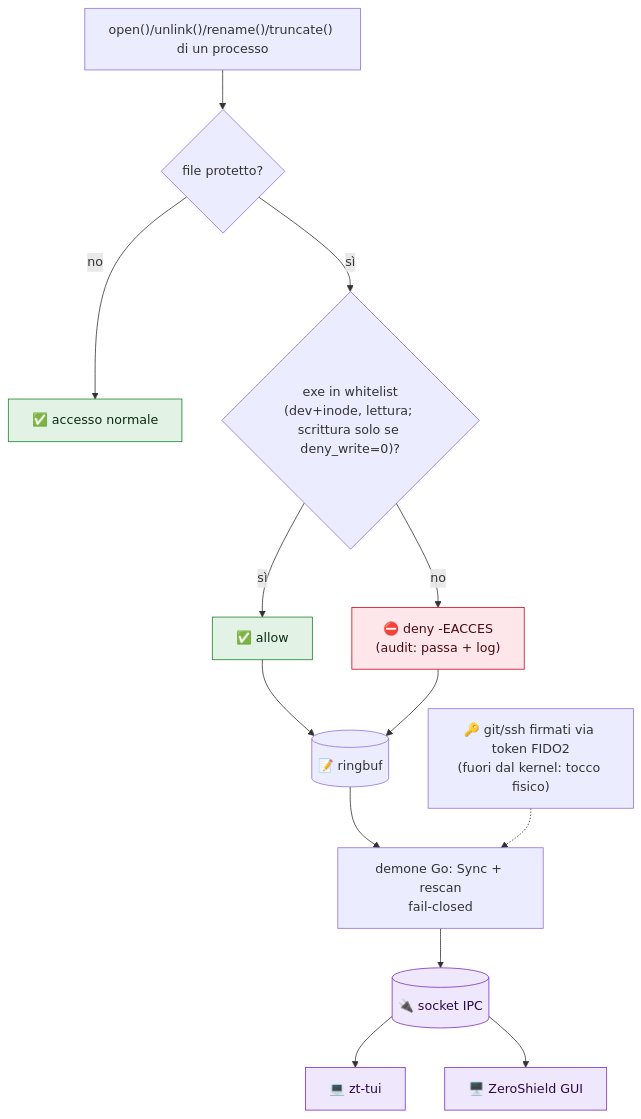
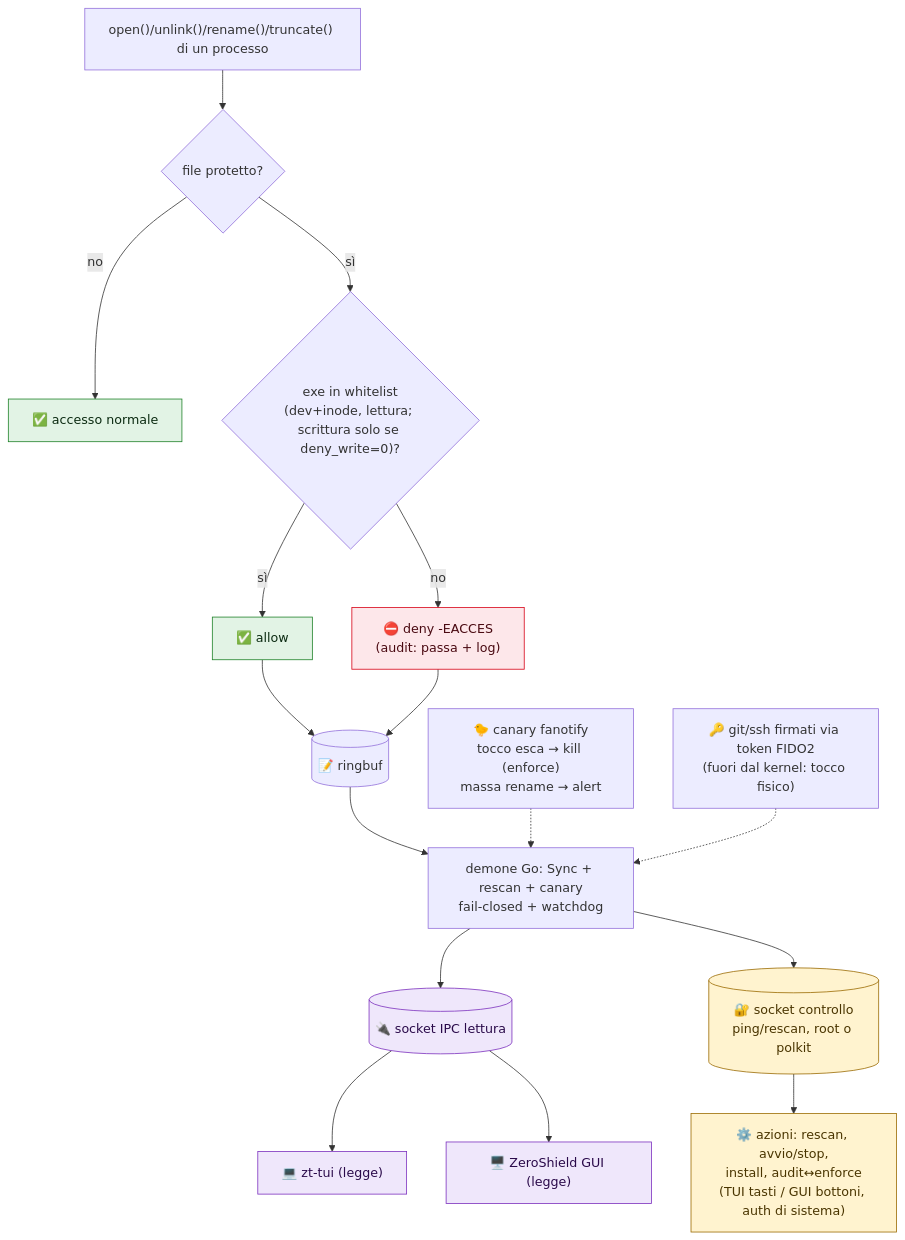
One commit to ZioZoni95/ZeroShield changed the second of 2 diagrams in README.md. Above: the diagram before and after it, drawn with Mermaid. The commit also changed other lines of this file, not shown here.

````diff
--- a/README.md
+++ b/README.md
@@ -104,21 +104,26 @@
 ```mermaid
 flowchart TD
     OPEN["open()/unlink()/rename()/truncate() di un processo"] --> PROT{"file protetto?"}
     PROT -- "no" --> OK["✅ accesso normale"]
     PROT -- "sì" --> WL{"exe in whitelist<br/>(dev+inode, lettura; scrittura solo se deny_write=0)?"}
     WL -- "sì" --> ALLOW["✅ allow"]
     WL -- "no" --> DENY["⛔ deny -EACCES<br/>(audit: passa + log)"]
     ALLOW & DENY --> RING[("📝 ringbuf")]
-    RING --> DAEMON["demone Go: Sync + rescan<br/>fail-closed"]
-    DAEMON --> SOCK[("🔌 socket IPC")]
-    SOCK --> TUI["💻 zt-tui"]
-    SOCK --> GUI["🖥️ ZeroShield GUI"]
+    RING --> DAEMON["demone Go: Sync + rescan + canary<br/>fail-closed + watchdog"]
+    CANARY["🐤 canary fanotify<br/>tocco esca → kill (enforce)<br/>massa rename → alert"] -.-> DAEMON
+    DAEMON --> SOCK[("🔌 socket IPC lettura")]
+    DAEMON --> CTRL[("🔐 socket controllo<br/>ping/rescan, root o polkit")]
+    SOCK --> TUI["💻 zt-tui (legge)"]
+    SOCK --> GUI["🖥️ ZeroShield GUI (legge)"]
+    CTRL --> ACT["⚙️ azioni: rescan, avvio/stop,<br/>install, audit↔enforce<br/>(TUI tasti / GUI bottoni, auth di sistema)"]
     FIDO2["🔑 git/ssh firmati via token FIDO2<br/>(fuori dal kernel: tocco fisico)"] -.-> DAEMON
 
     classDef deny fill:#fde7ea,stroke:#d70015,color:#4a0a12;
     classDef ok fill:#e2f3e5,stroke:#1d8127,color:#0c2b12;
     classDef ipc fill:#efe7fb,stroke:#7b2fbe,color:#2a0a4a;
+    classDef act fill:#fff3cf,stroke:#9a6a00,color:#4a3500;
     class DENY deny;
     class OK,ALLOW ok;
     class SOCK,TUI,GUI ipc;
+    class CTRL,ACT act;
 ```
````
